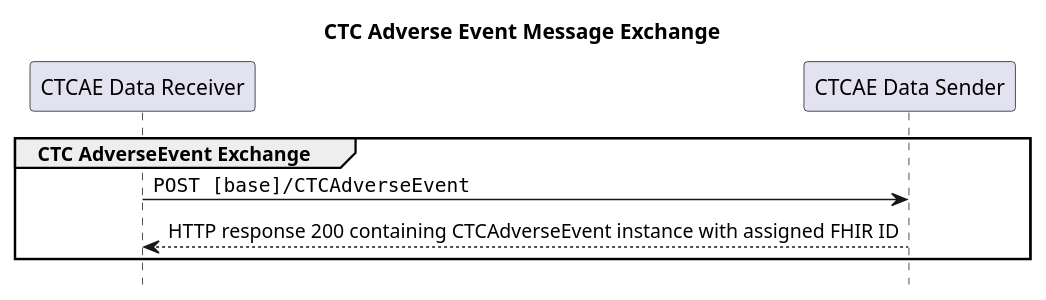
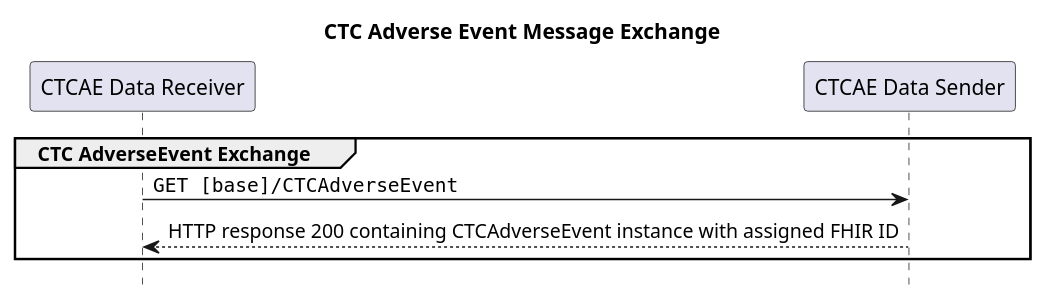
Before and after one commit to standardhealth/fsh-ae: the diagram in input/images-source/ctcae-exchange.plantuml, drawn with PlantUML. The commit also changed 2 other files, not shown here.

```diff
--- a/input/images-source/ctcae-exchange.plantuml
+++ b/input/images-source/ctcae-exchange.plantuml
@@ -1,14 +1,14 @@
 @startuml
 skinparam defaultFontName Arial
 
 title CTC Adverse Event Message Exchange
 hide footbox
 participant "CTCAE Data Receiver" as Receiver
 participant "CTCAE Data Sender" as Sender
 
 group CTC AdverseEvent Exchange
-    "Receiver" -> "Sender" : ""POST [base]/CTCAdverseEvent""
+    "Receiver" -> "Sender" : ""GET [base]/CTCAdverseEvent""
     "Sender" --> "Receiver" : HTTP response 200 containing CTCAdverseEvent instance with assigned FHIR ID
 end
 
 @enduml
```
